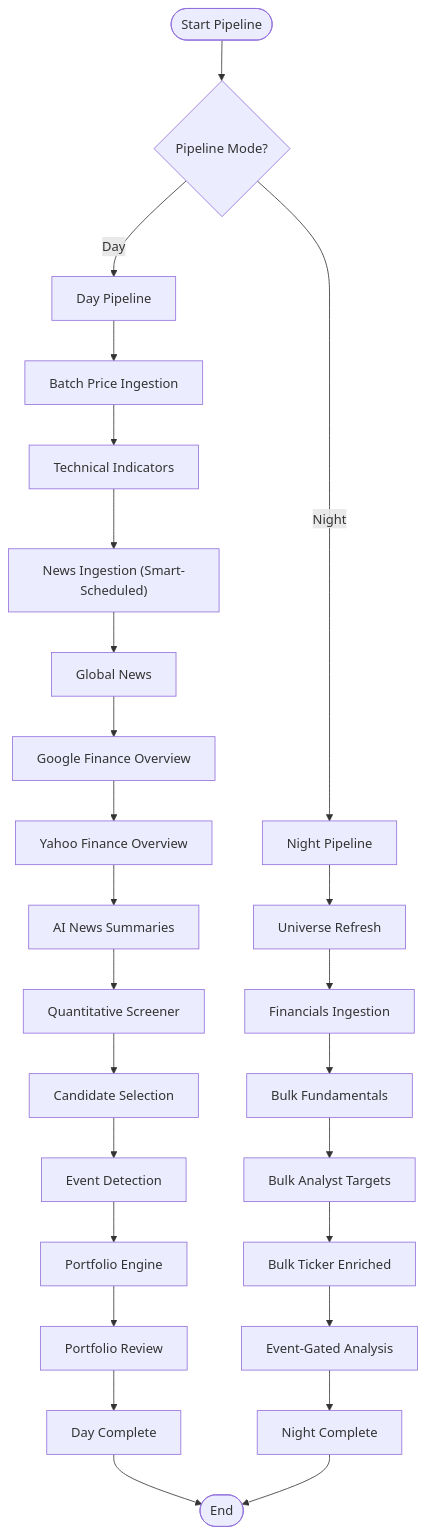
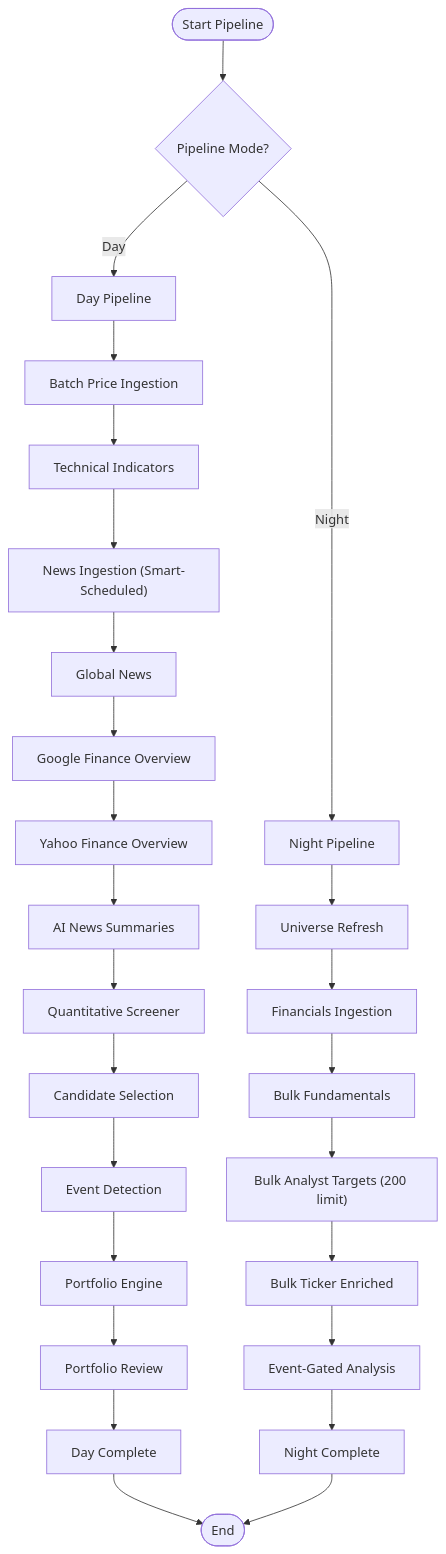
One commit to ZengSeng/telegram-bot changed the fourth of 21 diagrams in .qoder/repowiki/en/content/Core Components/Data Engineering Module/Data Engineering Module.md. Above: the diagram before and after it, drawn with Mermaid. The commit also changed other lines of this file and 15 other files, not shown here.

````diff
--- a/.qoder/repowiki/en/content/Core Components/Data Engineering Module/Data Engineering Module.md
+++ b/.qoder/repowiki/en/content/Core Components/Data Engineering Module/Data Engineering Module.md
@@ -354,28 +383,28 @@
 ```mermaid
 flowchart TD
 Start(["Start Pipeline"]) --> CheckMode{"Pipeline Mode?"}
 CheckMode --> |Day| DayPipeline["Day Pipeline"]
 CheckMode --> |Night| NightPipeline["Night Pipeline"]
 DayPipeline --> Prices["Batch Price Ingestion"]
 Prices --> Technicals["Technical Indicators"]
 Technicals --> News["News Ingestion (Smart-Scheduled)"]
 News --> GlobalNews["Global News"]
 GlobalNews --> GFinance["Google Finance Overview"]
 GFinance --> YFinance["Yahoo Finance Overview"]
 YFinance --> Summaries["AI News Summaries"]
 Summaries --> Screener["Quantitative Screener"]
 Screener --> Candidates["Candidate Selection"]
 Candidates --> Events["Event Detection"]
 Events --> Portfolio["Portfolio Engine"]
 Portfolio --> Review["Portfolio Review"]
 Review --> DayComplete["Day Complete"]
 NightPipeline --> Universe["Universe Refresh"]
 Universe --> Financials["Financials Ingestion"]
 Financials --> Fundamentals["Bulk Fundamentals"]
-Fundamentals --> Analyst["Bulk Analyst Targets"]
+Fundamentals --> Analyst["Bulk Analyst Targets (200 limit)"]
 Analyst --> Enriched["Bulk Ticker Enriched"]
 Enriched --> NightAnalysis["Event-Gated Analysis"]
 NightAnalysis --> NightComplete["Night Complete"]
 DayComplete --> End(["End"])
 NightComplete --> End
 ```
````
